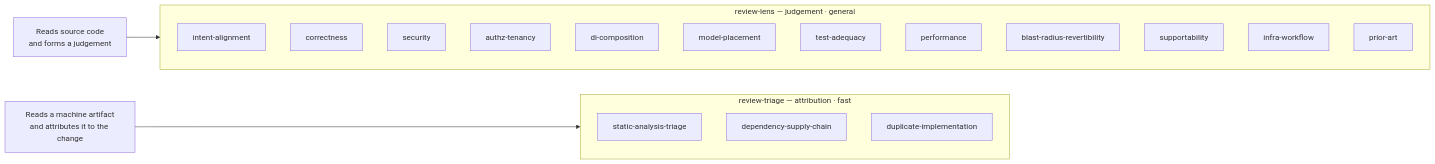
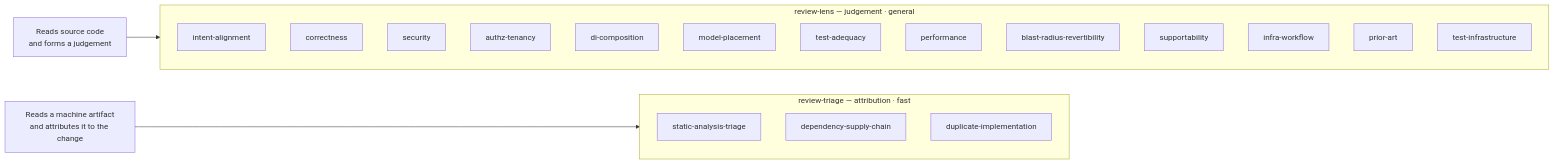
One commit to dpalfery/kyber-weave changed the third of 5 diagrams in docs/code-review/architecture.md. Above: the diagram before and after it, drawn with Mermaid. The commit also changed other lines of this file and 9 other files, not shown here.

First line of the commit message:
feat(review): add test-infrastructure council lens

````diff
--- a/docs/code-review/architecture.md
+++ b/docs/code-review/architecture.md
@@ -216,28 +216,29 @@
 ```mermaid
 flowchart LR
     subgraph J["review-lens — judgement · general"]
         direction TB
         J1["intent-alignment"]
         J2["correctness"]
         J3["security"]
         J4["authz-tenancy"]
         J5["di-composition"]
         J6["model-placement"]
         J7["test-adequacy"]
         J8["performance"]
         J9["blast-radius-revertibility"]
         J10["supportability"]
         J11["infra-workflow"]
         J12["prior-art"]
+        J13["test-infrastructure"]
     end
 
     subgraph T["review-triage — attribution · fast"]
         direction TB
         T1["static-analysis-triage"]
         T2["dependency-supply-chain"]
         T3["duplicate-implementation"]
     end
 
     Input1["Reads source code<br/>and forms a judgement"] --> J
     Input2["Reads a machine artifact<br/>and attributes it to the change"] --> T
 ```
````
